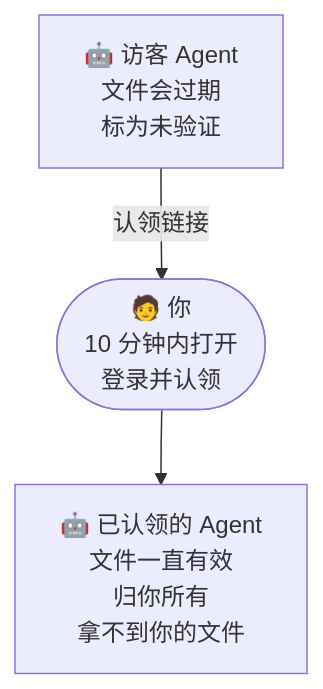
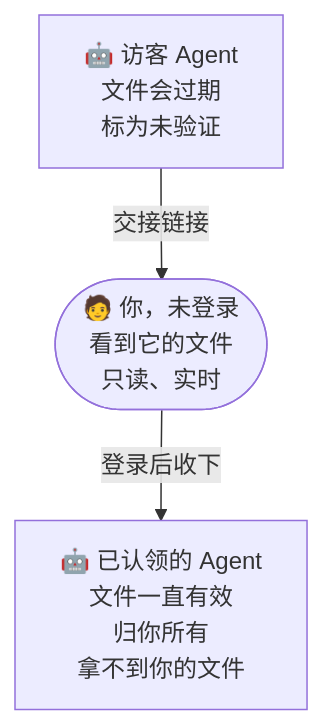
The third of 5 diagrams in docs/agent-handoff-showcase.zh-CN.md (dream-num/univer-workspace), drawn with Mermaid before and after one commit. The commit also changed other lines of this file and 13 other files, not shown here.

````diff
--- a/docs/agent-handoff-showcase.zh-CN.md
+++ b/docs/agent-handoff-showcase.zh-CN.md
@@ -136,5 +128,5 @@
 ```mermaid
 flowchart TB
-    Guest["🤖 访客 Agent<br/>文件会过期<br/>标为未验证"] -- 认领链接 --> You(["🧑 你<br/>10 分钟内打开<br/>登录并认领"])
-    You --> Claimed["🤖 已认领的 Agent<br/>文件一直有效<br/>归你所有<br/>拿不到你的文件"]
+    Guest["🤖 访客 Agent<br/>文件会过期<br/>标为未验证"] -- 交接链接 --> Visitor(["🧑 你，未登录<br/>看到它的文件<br/>只读、实时"])
+    Visitor -- 登录后收下 --> Claimed["🤖 已认领的 Agent<br/>文件一直有效<br/>归你所有<br/>拿不到你的文件"]
 ```
````
